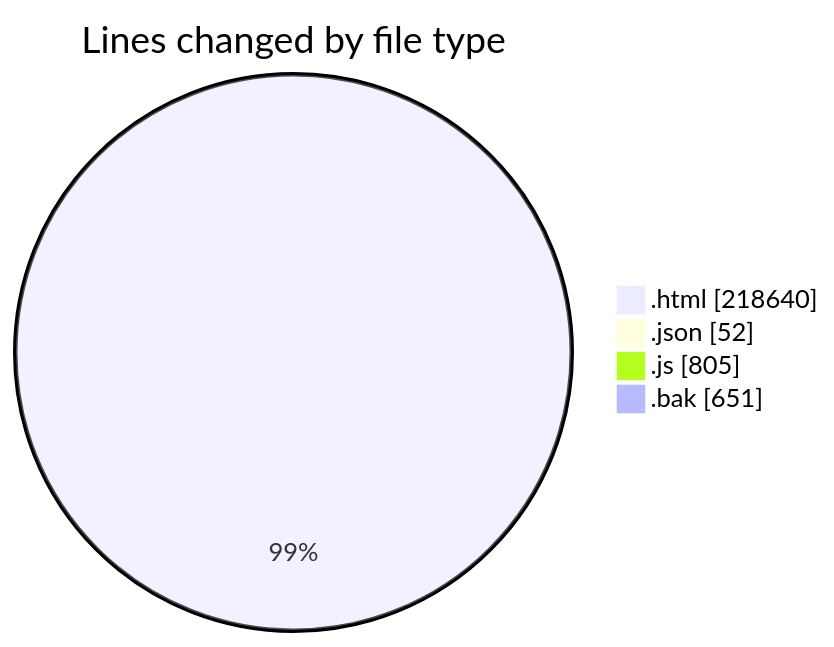
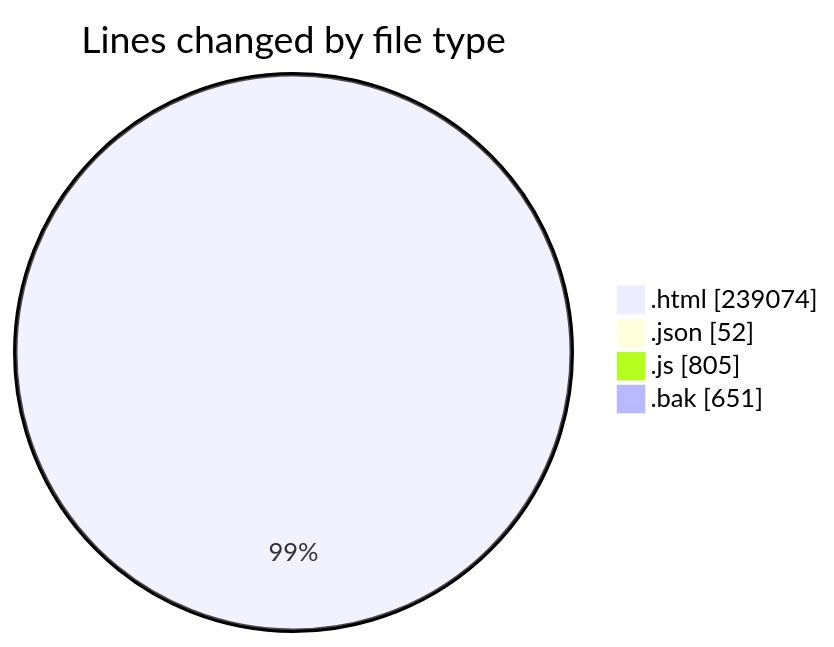
One commit to vahidmafi/code-tracking changed the first of 2 diagrams in 2025-09-16/www/README.md. Above: the diagram before and after it, drawn with Mermaid. The commit also changed other lines of this file and 1 other file, not shown here.

````diff
--- a/2025-09-16/www/README.md
+++ b/2025-09-16/www/README.md
@@ -319,8 +320,8 @@
 ```mermaid
 pie showData
 title Lines changed by file type
-".html" : 218640
+".html" : 239074
 ".json" : 52
 ".js" : 805
 ".bak" : 651
 ```
````
